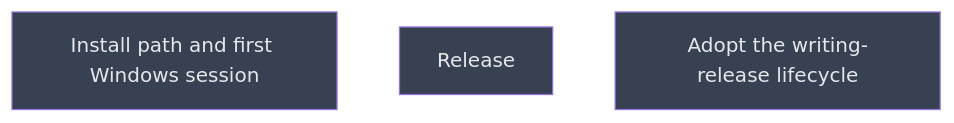
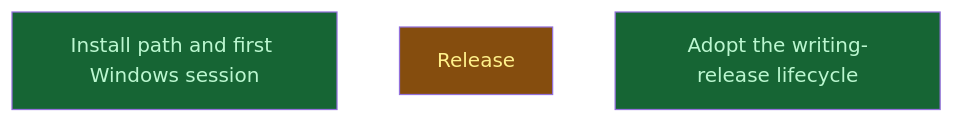
Before and after one commit to CrackingShells/Murmuration: the diagram in __roadmap__/windows_install/next/next/next/README.md, drawn with Mermaid. The commit also changed other lines of this file and 8 other files, not shown here.

First line of the commit message:
rdm(windows_install): record the 0.3.0 release and the install from Nest

````diff
--- a/__roadmap__/windows_install/next/next/next/README.md
+++ b/__roadmap__/windows_install/next/next/next/README.md
@@ -16,11 +16,11 @@
 ```mermaid
 graph TD
-    install[Install path and first Windows session]:::planned
-    next[Release]:::planned
-    release_lifecycle[Adopt the writing-release lifecycle]:::planned
+    install[Install path and first Windows session]:::done
+    next[Release]:::inprogress
+    release_lifecycle[Adopt the writing-release lifecycle]:::done
     classDef done       fill:#166534,color:#bbf7d0
     classDef inprogress fill:#854d0e,color:#fef08a
     classDef planned    fill:#374151,color:#e5e7eb
     classDef amendment  fill:#1e3a5f,color:#bfdbfe
     classDef blocked    fill:#7f1d1d,color:#fecaca
 ```
````
